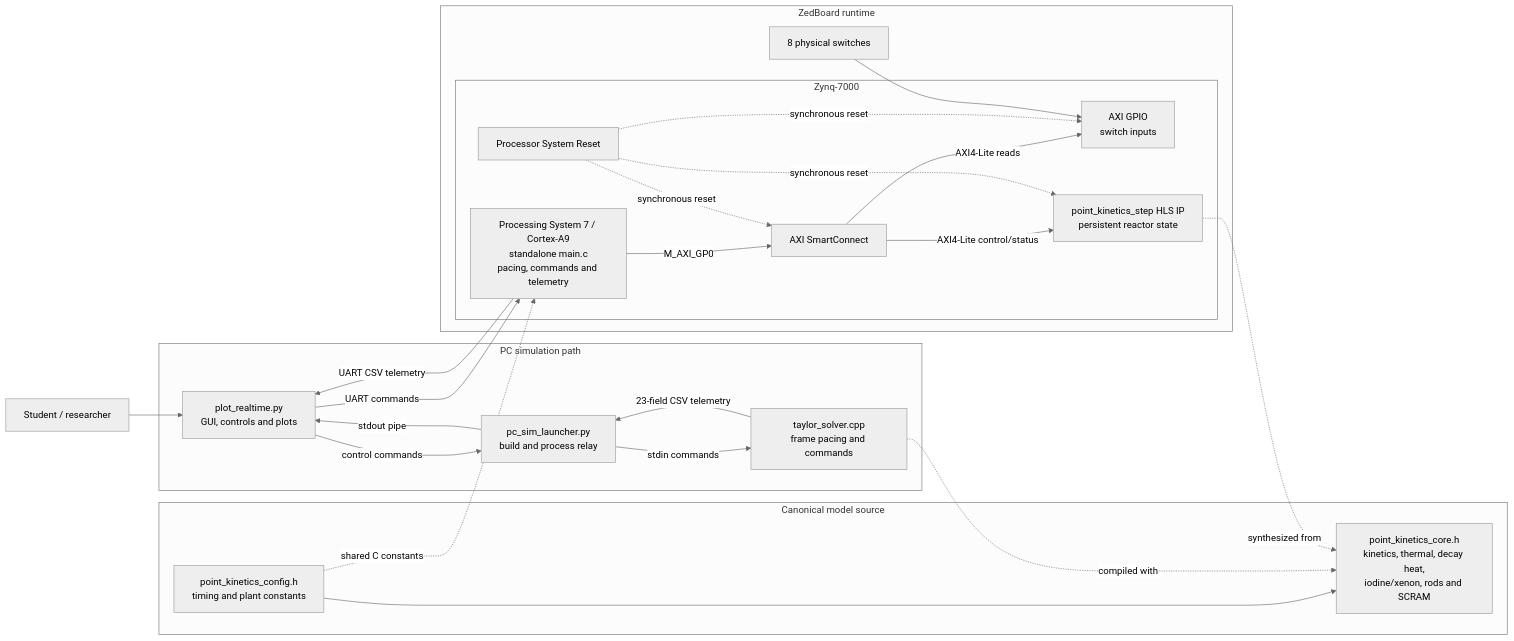
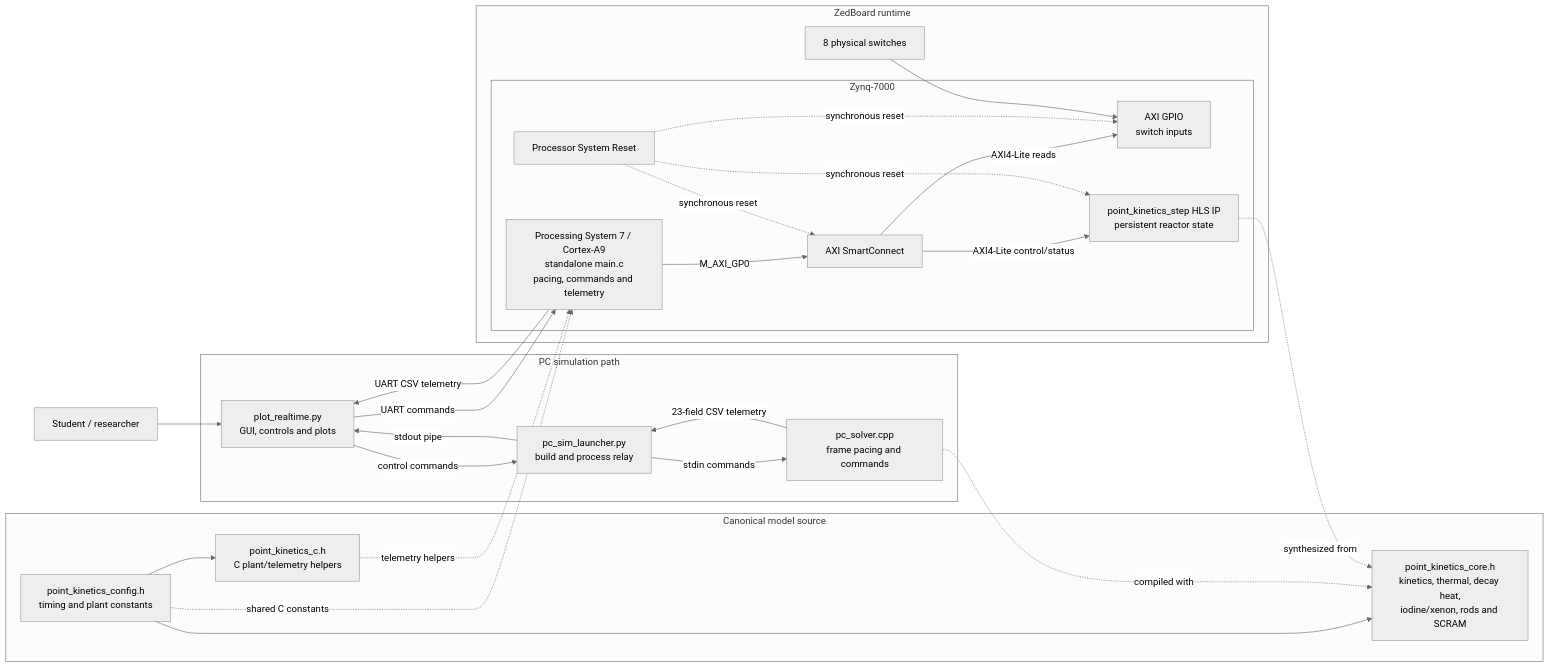
The first of 3 diagrams in docs/architecture.md (CiyviParturi1/ReactorSim), drawn with Mermaid (neutral theme) before and after one commit. The commit also changed other lines of this file and 22 other files, not shown here.

````diff
--- a/docs/architecture.md
+++ b/docs/architecture.md
@@ -5,50 +5,53 @@
 ```mermaid
 flowchart LR
     USER["Student / researcher"]
 
     subgraph COMMON["Canonical model source"]
         CFG["point_kinetics_config.h<br/>timing and plant constants"]
         CORE["point_kinetics_core.h<br/>kinetics, thermal, decay heat,<br/>iodine/xenon, rods and SCRAM"]
+        CHELP["point_kinetics_c.h<br/>C plant/telemetry helpers"]
         CFG --> CORE
+        CFG --> CHELP
     end
 
     subgraph PC["PC simulation path"]
         LAUNCH["pc_sim_launcher.py<br/>build and process relay"]
-        SOLVER["taylor_solver.cpp<br/>frame pacing and commands"]
+        SOLVER["pc_solver.cpp<br/>frame pacing and commands"]
         PLOT["plot_realtime.py<br/>GUI, controls and plots"]
 
         PLOT -- "control commands" --> LAUNCH
         LAUNCH -- "stdin commands" --> SOLVER
         SOLVER -- "23-field CSV telemetry" --> LAUNCH
         LAUNCH -- "stdout pipe" --> PLOT
     end
 
     subgraph BOARD["ZedBoard runtime"]
         SWITCHES["8 physical switches"]
 
         subgraph ZYNQ["Zynq-7000"]
             PS["Processing System 7 / Cortex-A9<br/>standalone main.c<br/>pacing, commands and telemetry"]
             SMC["AXI SmartConnect"]
             GPIO["AXI GPIO<br/>switch inputs"]
             HLS["point_kinetics_step HLS IP<br/>persistent reactor state"]
             RESET["Processor System Reset"]
 
             PS -- "M_AXI_GP0" --> SMC
             SMC -- "AXI4-Lite control/status" --> HLS
             SMC -- "AXI4-Lite reads" --> GPIO
             RESET -. "synchronous reset" .-> SMC
             RESET -. "synchronous reset" .-> GPIO
             RESET -. "synchronous reset" .-> HLS
         end
 
         SWITCHES --> GPIO
     end
 
     USER --> PLOT
     PLOT -- "UART commands" --> PS
     PS -- "UART CSV telemetry" --> PLOT
 
     SOLVER -. "compiled with" .-> CORE
     HLS -. "synthesized from" .-> CORE
     CFG -. "shared C constants" .-> PS
+    CHELP -. "telemetry helpers" .-> PS
 ```
````
